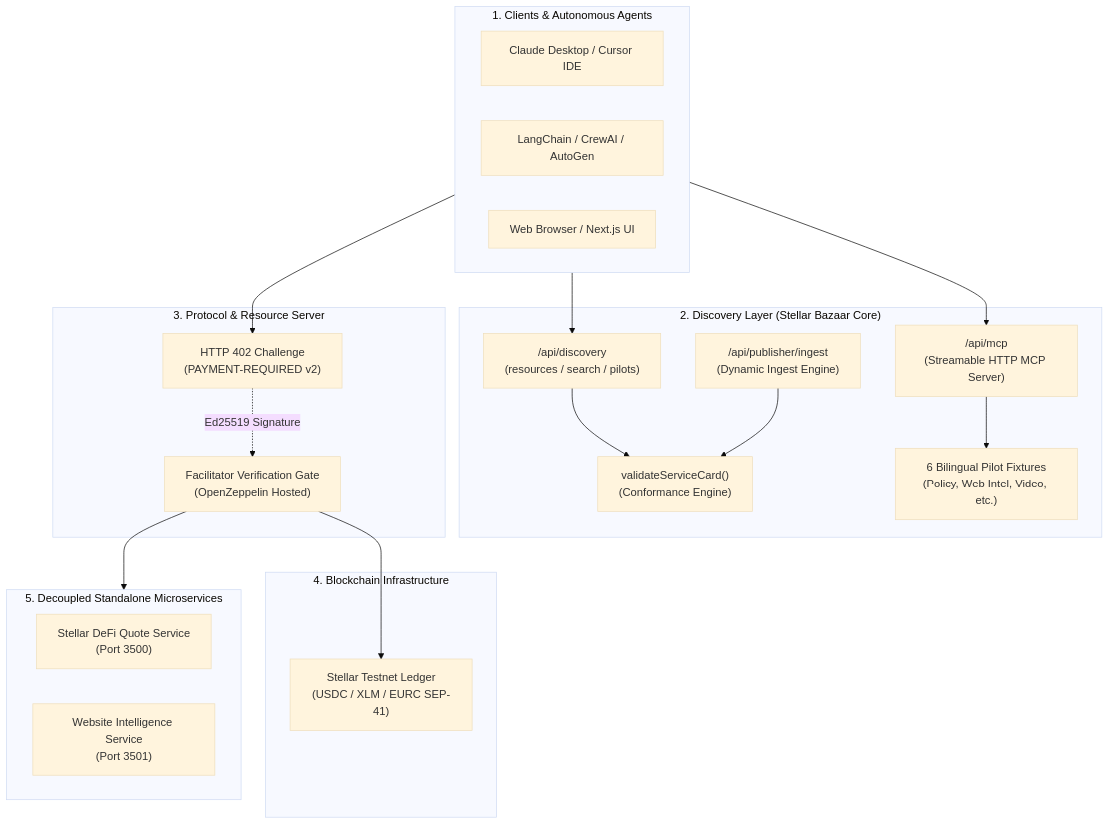
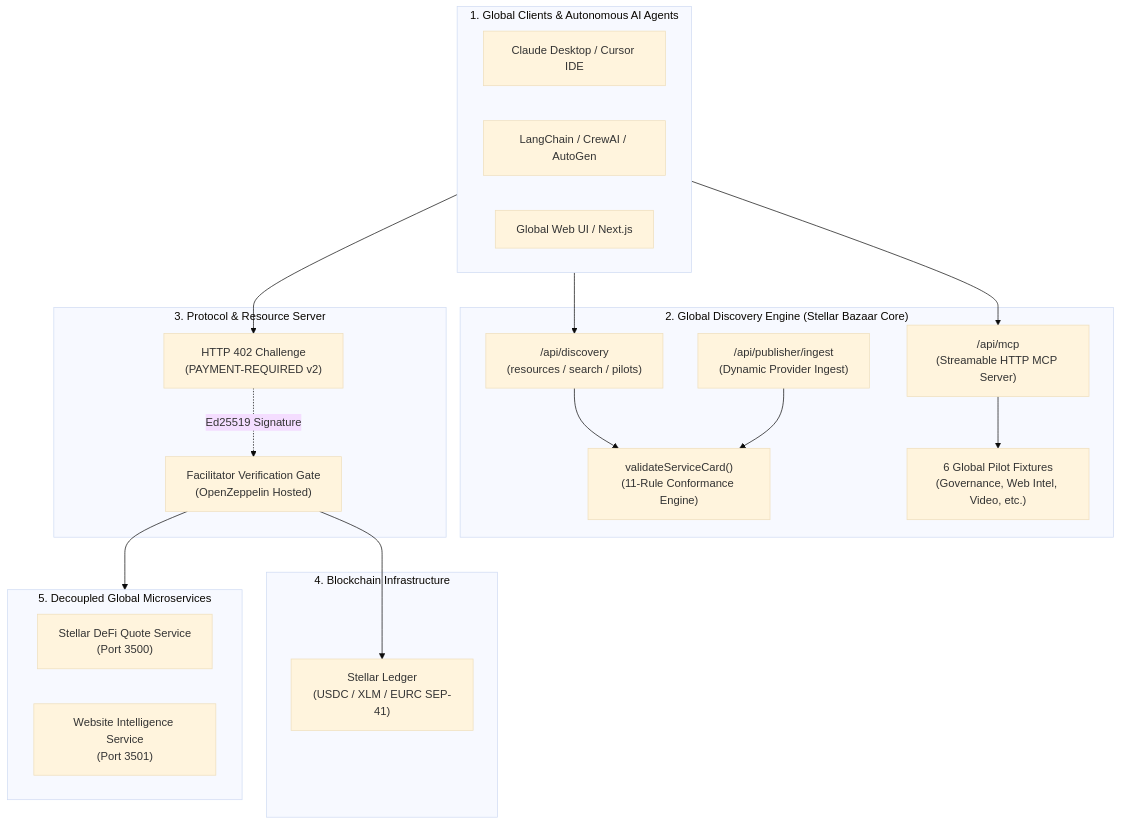
Before and after one commit to CaBsCrypto/stellar-bazaar-x402: the first of 2 diagrams in README.md, drawn with Mermaid (base theme). The commit also changed other lines of this file and 1 other file, not shown here.

Commit message:
docs: reposition to Global-First AI Agent Economy on Stellar

````diff
--- a/README.md
+++ b/README.md
@@ -49,41 +49,41 @@
 ```mermaid
 flowchart TD
-    subgraph Clients["1. Clients & Autonomous Agents"]
+    subgraph Clients["1. Global Clients & Autonomous AI Agents"]
         Claude["Claude Desktop / Cursor IDE"]
         LangChain["LangChain / CrewAI / AutoGen"]
-        WebUI["Web Browser / Next.js UI"]
+        WebUI["Global Web UI / Next.js"]
     end
 
-    subgraph Bazaar["2. Discovery Layer (Stellar Bazaar Core)"]
+    subgraph Bazaar["2. Global Discovery Engine (Stellar Bazaar Core)"]
         MCPServer["/api/mcp<br/>(Streamable HTTP MCP Server)"]
         RESTDiscovery["/api/discovery<br/>(resources / search / pilots)"]
-        Validator["validateServiceCard()<br/>(Conformance Engine)"]
-        DynamicRegistry["/api/publisher/ingest<br/>(Dynamic Ingest Engine)"]
-        PilotCatalog["6 Bilingual Pilot Fixtures<br/>(Policy, Web Intel, Video, etc.)"]
+        Validator["validateServiceCard()<br/>(11-Rule Conformance Engine)"]
+        DynamicRegistry["/api/publisher/ingest<br/>(Dynamic Provider Ingest)"]
+        PilotCatalog["6 Global Pilot Fixtures<br/>(Governance, Web Intel, Video, etc.)"]
     end
 
     subgraph x402Layer["3. Protocol & Resource Server"]
         Challenge402["HTTP 402 Challenge<br/>(PAYMENT-REQUIRED v2)"]
         FacilitatorGate["Facilitator Verification Gate<br/>(OpenZeppelin Hosted)"]
     end
 
     subgraph Settlement["4. Blockchain Infrastructure"]
-        Testnet["Stellar Testnet Ledger<br/>(USDC / XLM / EURC SEP-41)"]
+        Testnet["Stellar Ledger<br/>(USDC / XLM / EURC SEP-41)"]
     end
 
-    subgraph Providers["5. Decoupled Standalone Microservices"]
+    subgraph Providers["5. Decoupled Global Microservices"]
         DeFiService["Stellar DeFi Quote Service<br/>(Port 3500)"]
         WebIntelService["Website Intelligence Service<br/>(Port 3501)"]
     end
 
     Clients --> MCPServer
     Clients --> RESTDiscovery
     RESTDiscovery --> Validator
     MCPServer --> PilotCatalog
     DynamicRegistry --> Validator
 
     Clients --> Challenge402
     Challenge402 -. "Ed25519 Signature" .-> FacilitatorGate
     FacilitatorGate --> Testnet
     FacilitatorGate --> Providers
 ```
````
